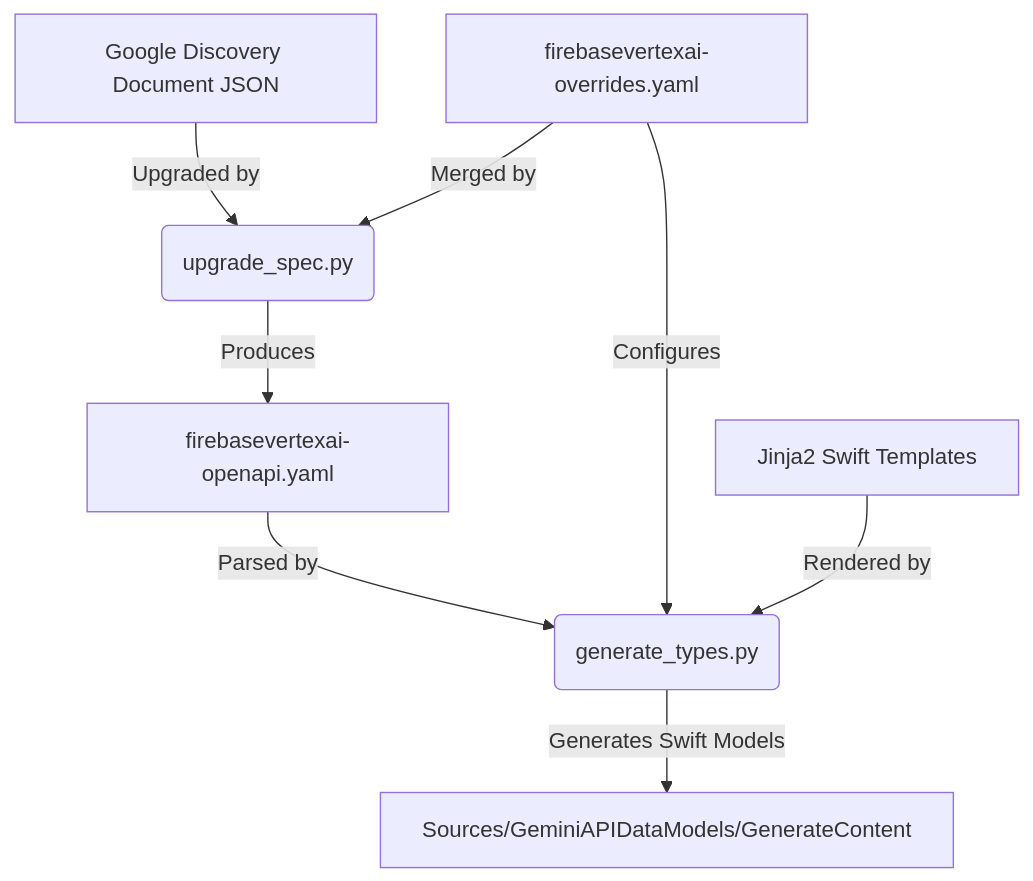
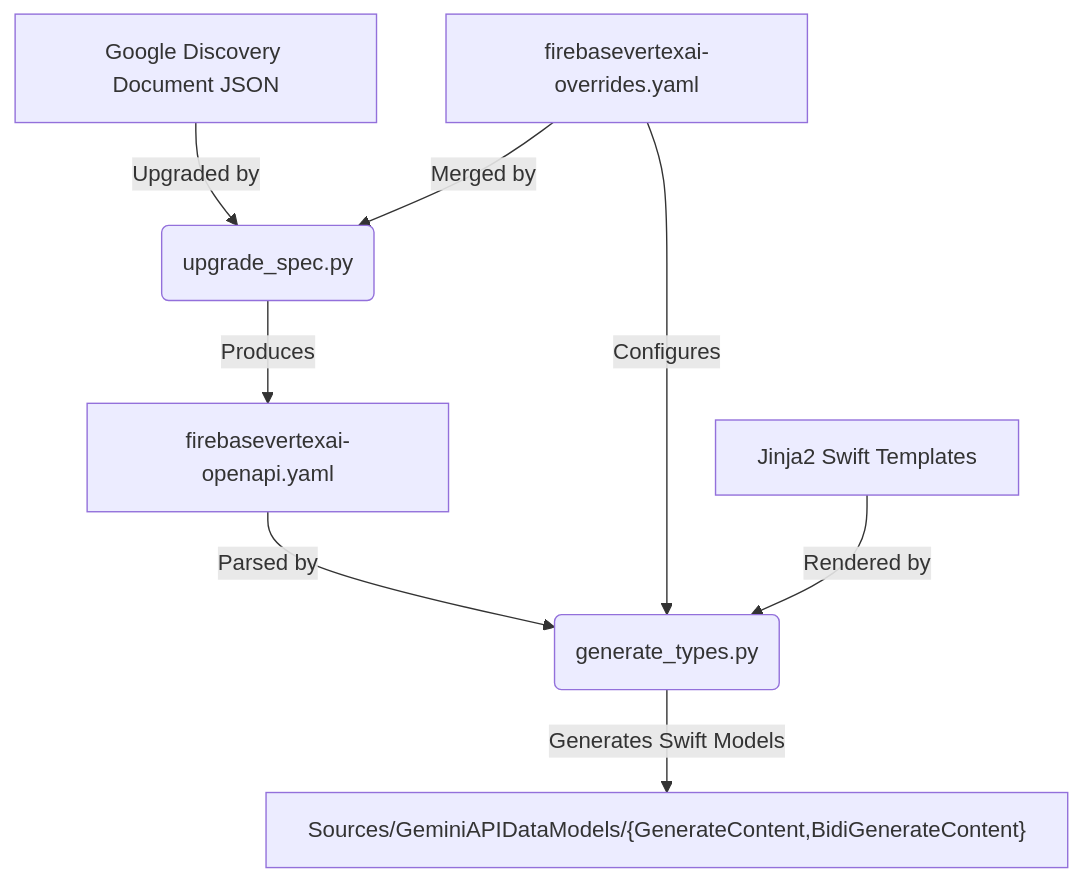
One commit to firebase/firebase-ios-sdk changed the diagram in GeminiLanguageModel/scripts/typegen/README.md. Above: the diagram before and after it, drawn with Mermaid. The commit also changed other lines of this file and 67 other files, not shown here.

First line of the commit message:
feat(ai): generate BidiGenerateContent data models

````diff
--- a/GeminiLanguageModel/scripts/typegen/README.md
+++ b/GeminiLanguageModel/scripts/typegen/README.md
@@ -11,10 +12,10 @@
 ```mermaid
 graph TD
     A["Google Discovery Document JSON"] -->|Upgraded by| B("upgrade_spec.py")
     E["firebasevertexai-overrides.yaml"] -->|Merged by| B
     B -->|Produces| F["firebasevertexai-openapi.yaml"]
     F -->|Parsed by| C("generate_types.py")
     E -->|Configures| C
     D["Jinja2 Swift Templates"] -->|Rendered by| C
-    C -->|Generates Swift Models| G["Sources/GeminiAPIDataModels/GenerateContent"]
+    C -->|Generates Swift Models| G["Sources/GeminiAPIDataModels/{GenerateContent,BidiGenerateContent}"]
 ```
````
